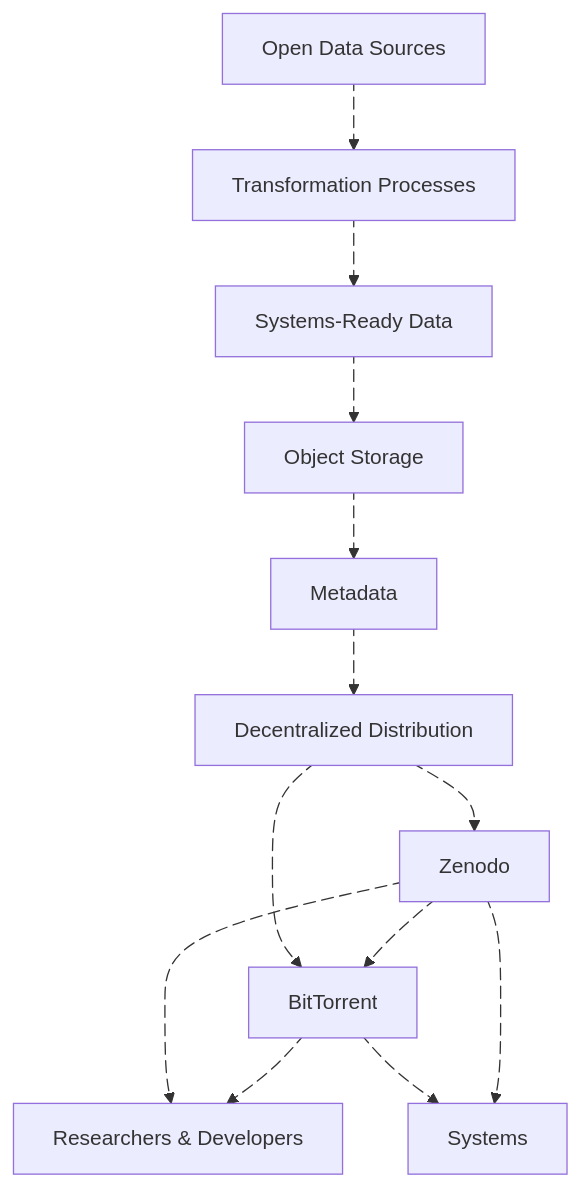
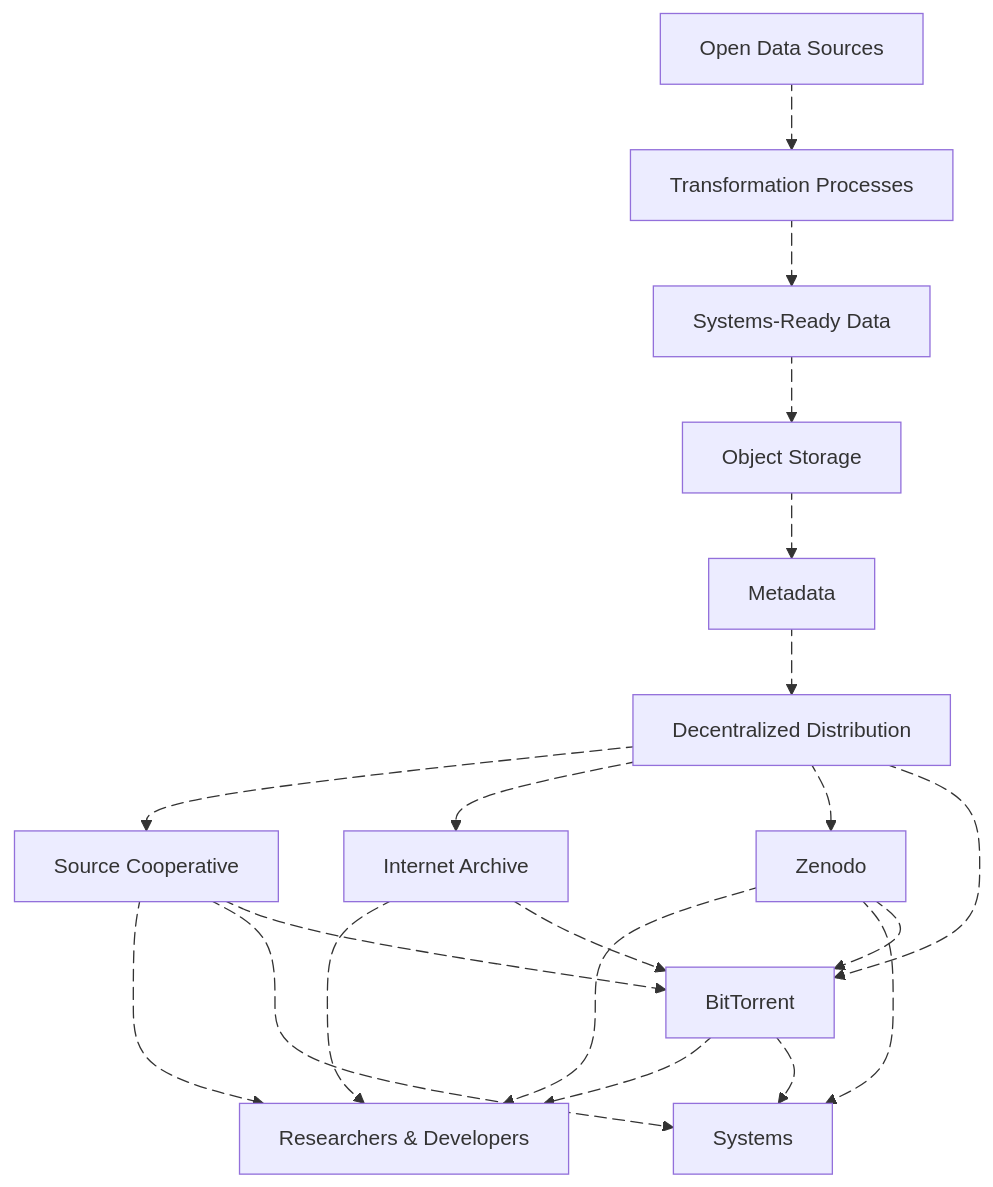
The diagram in content/docs/dissemination/_index.md (dataforcanada/www.dataforcanada.org), drawn with Mermaid before and after one commit. The commit also changed other lines of this file, not shown here.

Commit message:
Revise dissemiantion strategy. Source Cooperative has opened up a lot of doors for the project vision

````diff
--- a/content/docs/dissemination/_index.md
+++ b/content/docs/dissemination/_index.md
@@ -19,45 +11,61 @@
 ```mermaid
 
 flowchart TD
     Sources[Open Data Sources]
     Processes[Transformation Processes]
     Artifacts[Systems-Ready Data]
     Portal[Object Storage]
     Metadata[Metadata]
     Distribution[Decentralized Distribution]
     Zenodo[Zenodo]
+    SourceCoop[Source Cooperative]
+    InternetArchive[Internet Archive]
     Torrent[BitTorrent]
     Users[Researchers & Developers]
     Systems[Systems]
 
     Sources a1@--> Processes
     a1@{animate: true, animation: slow}
     Processes a2@--> Artifacts
     a2@{animate: true, animation: slow}
     Artifacts a3@--> Portal
     a3@{animate: true, animation: slow}
     Portal a4@--> Metadata
     a4@{animate: true, animation: fast}
     Metadata a5@--> Distribution
     a5@{animate: true, animation: fast}
 
+    Distribution a14@--> SourceCoop
+    a14@{animate: true, animation: fast}
+    Distribution a15@--> InternetArchive
+    a15@{animate: true, animation: slow}
     Distribution a6@--> Zenodo
     a6@{animate: true, animation: slow}
     Distribution a7@--> Torrent
     a7@{animate: true, animation: slow}
 
     Zenodo a9@--> Users
     a9@{animate: true, animation: slow}
+    SourceCoop a18@--> Users
+    a18@{animate: true, animation: fast}
+
     Torrent a10@--> Users
     a10@{animate: true, animation: fast}
+    InternetArchive a20@--> Users
+    a20@{animate: true, animation: slow}
     Torrent a11@--> Systems
     a11@{animate: true, animation: fast}
     Zenodo a12@--> Systems
     a12@{animate: true, animation: slow}
+    SourceCoop a16@--> Systems
+    a16@{animate: true, animation: fast}
+    SourceCoop a17@--> Torrent
+    a17@{animate: true, animation: fast}
     Zenodo a13@--> Torrent
     a13@{animate: true, animation: slow}
+    InternetArchive a19@--> Torrent
+    a19@{animate: true, animation: slow}
 
-    click Portal "https://data-01.dataforcanada.org/processed/" _blank
     click Metadata "https://stac-utils.github.io/stac-geoparquet/latest/spec/stac-geoparquet-spec/" _blank
     click Zenodo "https://zenodo.org/communities/dataforcanada/" _blank
 ```
````
